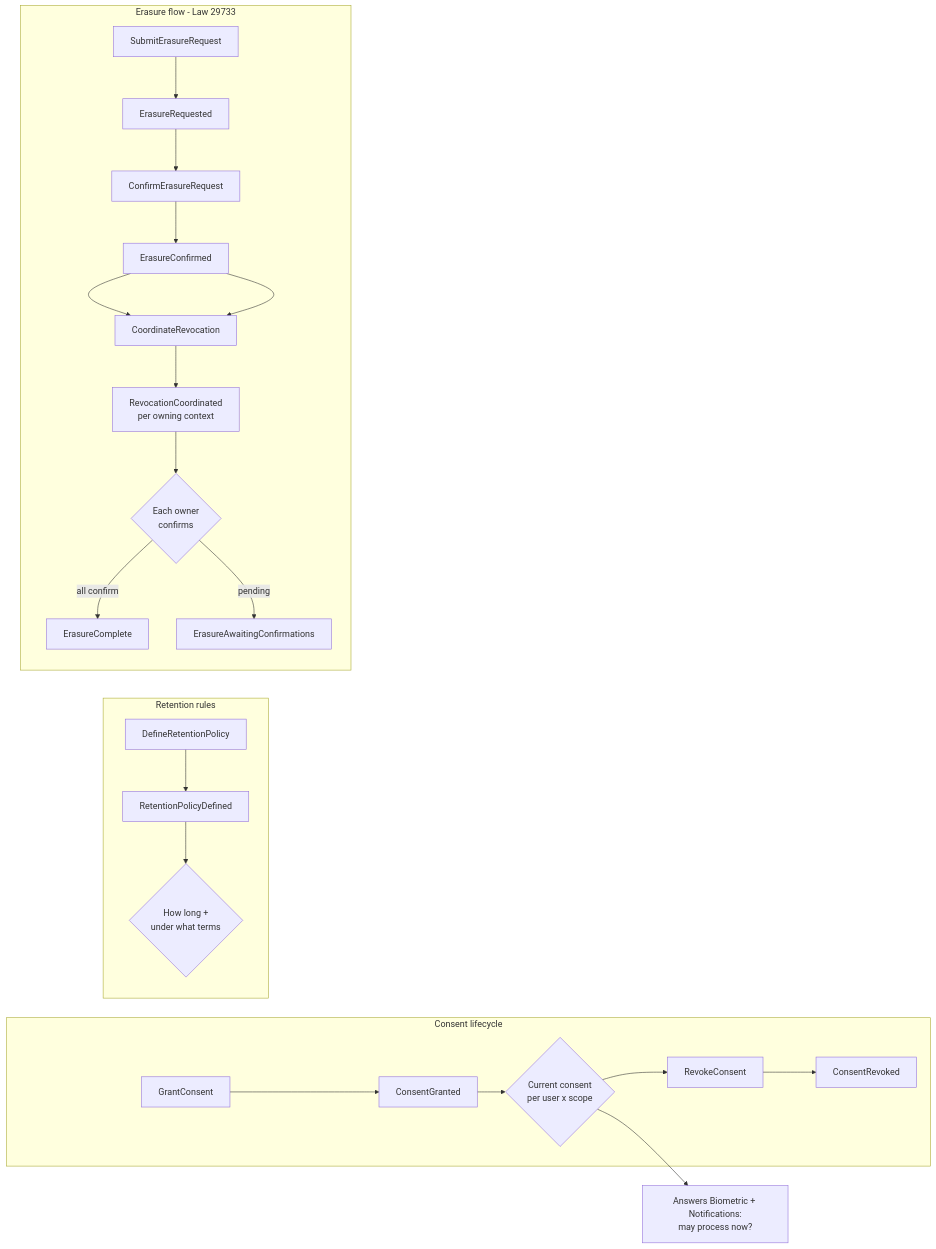
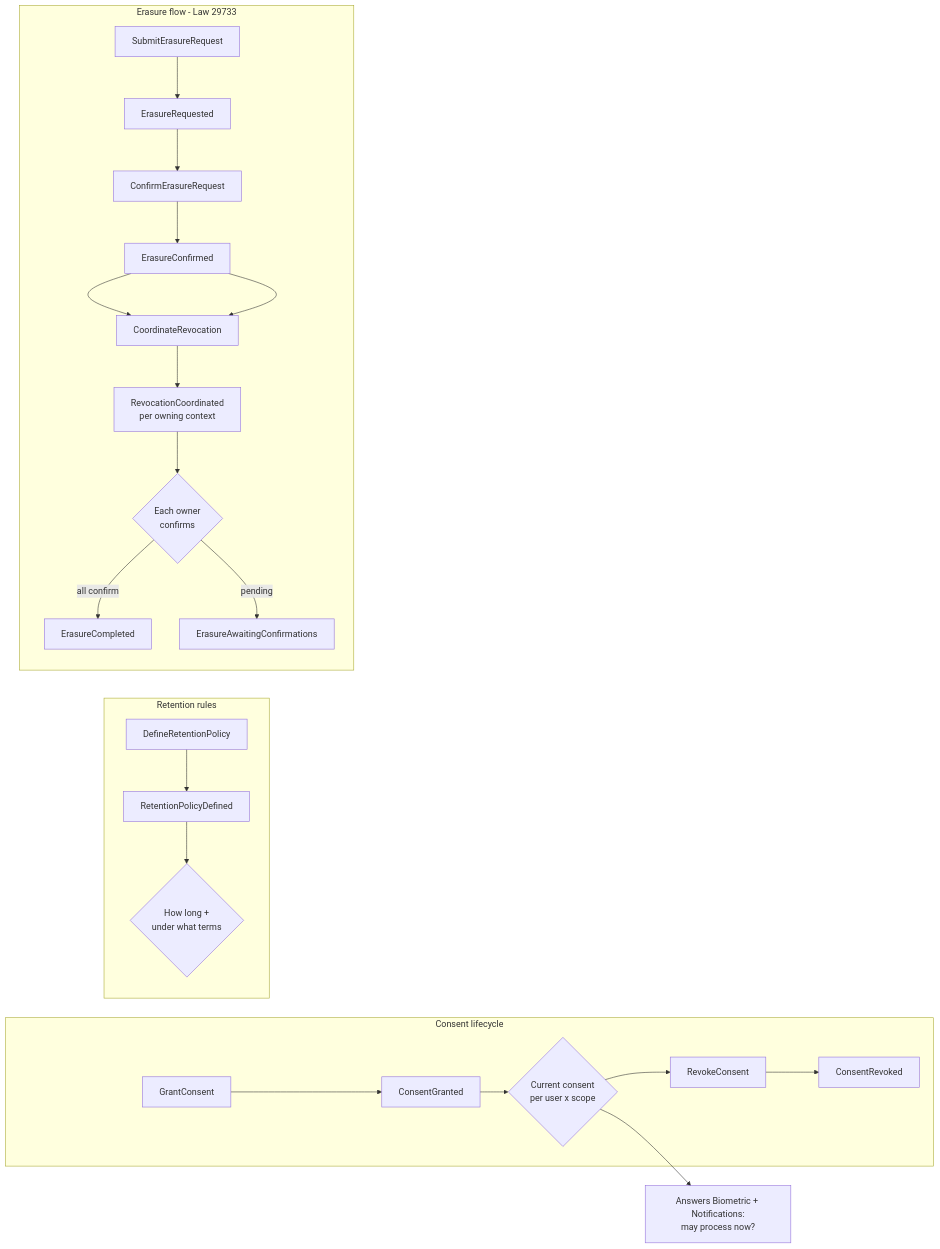
One commit to Morocoders-Arq-9056/votochain-api-backend changed the first of 2 diagrams in docs/Bounded Contexts/consent-compliance/event-storming.md. Above: the diagram before and after it, drawn with Mermaid. The commit also changed other lines of this file and 12 other files, not shown here.

````diff
--- a/docs/Bounded Contexts/consent-compliance/event-storming.md
+++ b/docs/Bounded Contexts/consent-compliance/event-storming.md
@@ -25,28 +25,28 @@
 ```mermaid
 flowchart LR
     subgraph consent [Consent lifecycle]
         GC[GrantConsent] --> CG[ConsentGranted]
         CG --> CURR{Current consent<br/>per user x scope}
         CURR --> RC[RevokeConsent]
         RC --> CR[ConsentRevoked]
     end
 
     subgraph retention [Retention rules]
         DR[DefineRetentionPolicy] --> RD[RetentionPolicyDefined]
         RD --> KEEP{How long +<br/>under what terms}
     end
 
     subgraph erasure [Erasure flow - Law 29733]
         SE[SubmitErasureRequest] --> SER[ErasureRequested]
         SER --> CE[ConfirmErasureRequest]
         CE --> CEC[ErasureConfirmed]
         CEC --> COORD[CoordinateRevocation]
         COORD --> RC1[RevocationCoordinated<br/>per owning context]
         RC1 --> CONF{Each owner<br/>confirms}
-        CONF -->|all confirm| DONE[ErasureComplete]
+        CONF -->|all confirm| DONE[ErasureCompleted]
         CONF -->|pending| WAIT[ErasureAwaitingConfirmations]
     end
 
     CURR --> GATE[Answers Biometric + Notifications:<br/>may process now?]
     CEC --> COORD
 ```
````
